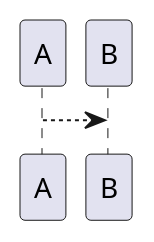
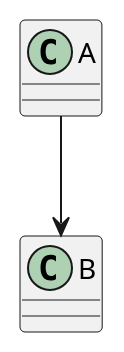
The third of 9 diagrams in _posts/2019-06-09-new-finding-of-plantuml.md (cheoljoo/cheoljoo.github.io), drawn with PlantUML before and after one commit. The commit also changed 1 other file, not shown here.

````diff
--- a/_posts/2019-06-09-new-finding-of-plantuml.md
+++ b/_posts/2019-06-09-new-finding-of-plantuml.md
@@ -69,5 +70,7 @@
 ```puml
 @startuml
+class A 
+class B
 A --> B
 @enduml
 ```
````
